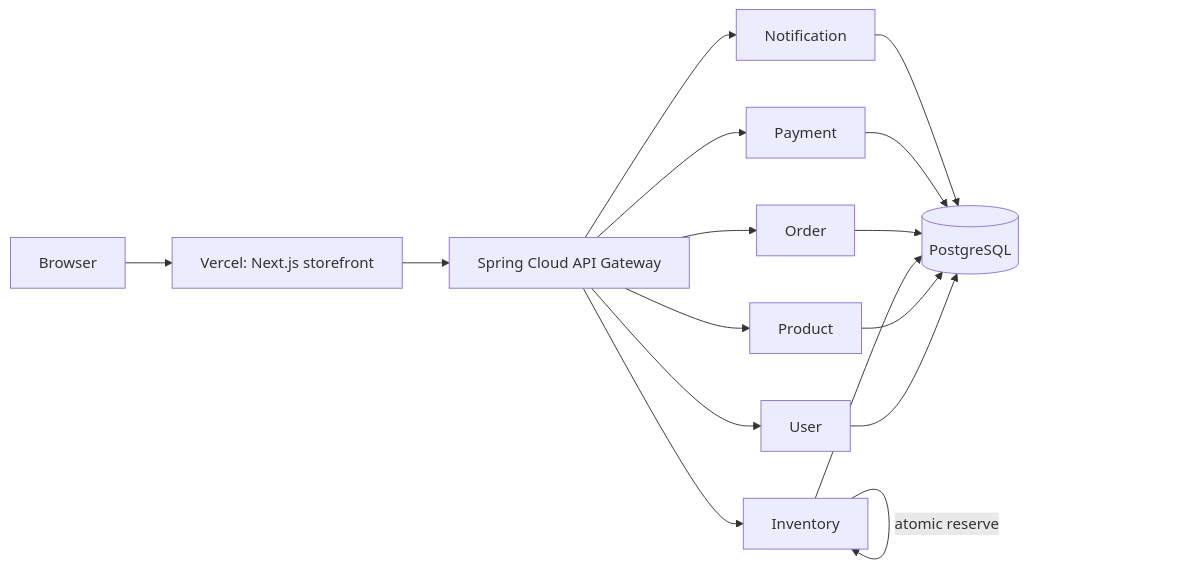
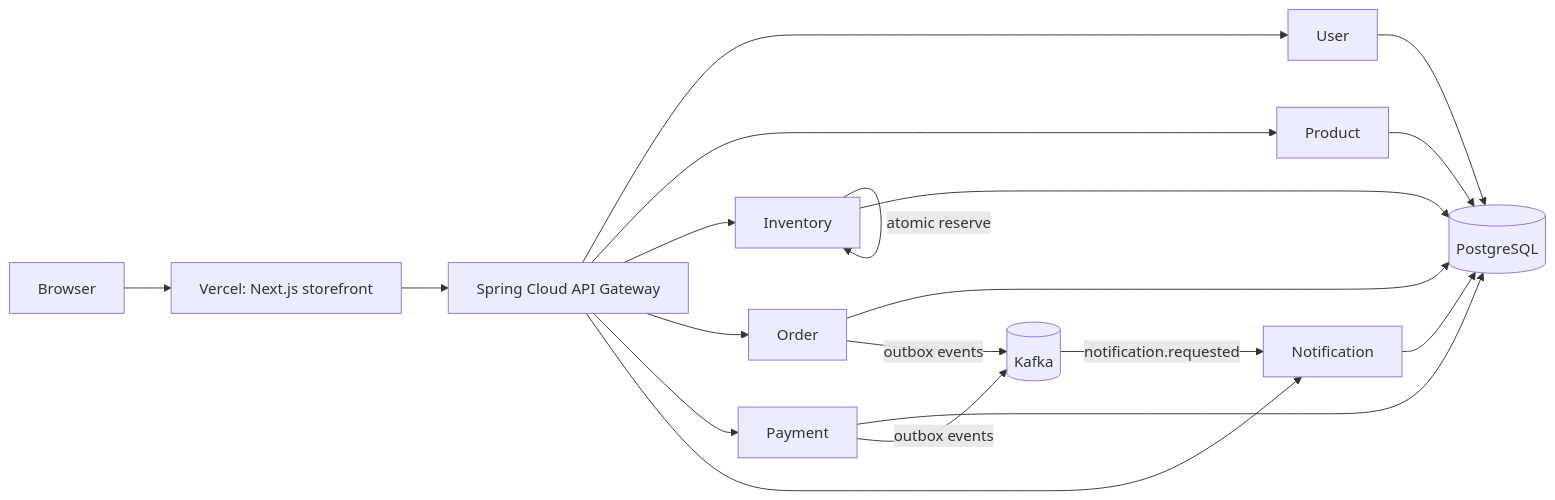
One commit to riyamehta75/distributed-commerce-platform changed the diagram in README.md. Above: the diagram before and after it, drawn with Mermaid. The commit also changed other lines of this file and 21 other files, not shown here.

````diff
--- a/README.md
+++ b/README.md
@@ -7,18 +7,21 @@
 ```mermaid
 flowchart LR
   C[Browser] --> V[Vercel: Next.js storefront]
   V --> GW[Spring Cloud API Gateway]
   GW --> U[User]
   GW --> P[Product]
   GW --> I[Inventory]
   GW --> O[Order]
   GW --> Pay[Payment]
   GW --> N[Notification]
   U --> PG[(PostgreSQL)]
   P --> PG
   I --> PG
   O --> PG
   Pay --> PG
   N --> PG
   I -->|atomic reserve| I
+  O -->|outbox events| K[(Kafka)]
+  Pay -->|outbox events| K
+  K -->|notification.requested| N
 ```
````
